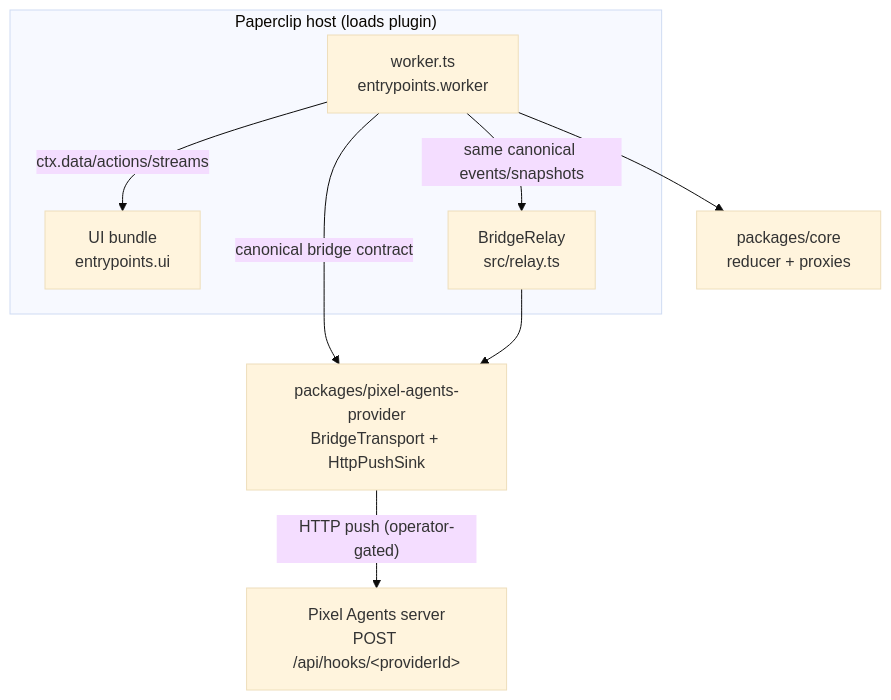
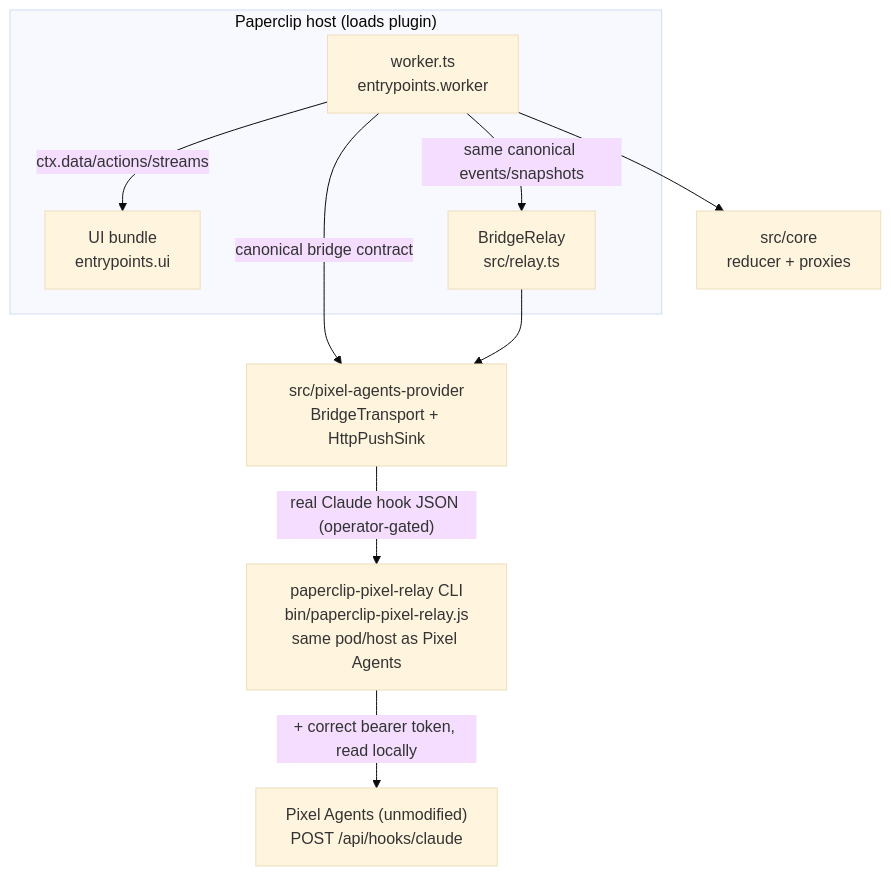
One commit to decaf-ts/paperclip-pixels changed the second of 5 diagrams in workdocs/ai/project/architecture-handbook.md. Above: the diagram before and after it, drawn with Mermaid (base theme). The commit also changed other lines of this file and 215 other files, not shown here.

````diff
--- a/workdocs/ai/project/architecture-handbook.md
+++ b/workdocs/ai/project/architecture-handbook.md
@@ -245,17 +260,19 @@
 ```mermaid
 graph TD
   subgraph Host["Paperclip host (loads plugin)"]
     WK[worker.ts<br/>entrypoints.worker]
     UIB[UI bundle<br/>entrypoints.ui]
     RL[BridgeRelay<br/>src/relay.ts]
   end
-  CORE[packages/core<br/>reducer + proxies]
-  PA[packages/pixel-agents-provider<br/>BridgeTransport + HttpPushSink]
-  PAS[Pixel Agents server<br/>POST /api/hooks/&lt;providerId&gt;]
+  CORE[src/core<br/>reducer + proxies]
+  PA[src/pixel-agents-provider<br/>BridgeTransport + HttpPushSink]
+  RELAY[paperclip-pixel-relay CLI<br/>bin/paperclip-pixel-relay.js<br/>same pod/host as Pixel Agents]
+  PAS["Pixel Agents (unmodified)<br/>POST /api/hooks/claude"]
   WK --> CORE
   WK -->|"ctx.data/actions/streams"| UIB
   WK -->|"canonical bridge contract"| PA
   WK -->|"same canonical events/snapshots"| RL
   RL --> PA
-  PA -->|"HTTP push (operator-gated)"| PAS
+  PA -->|"real Claude hook JSON (operator-gated)"| RELAY
+  RELAY -->|"+ correct bearer token, read locally"| PAS
 ```
````
